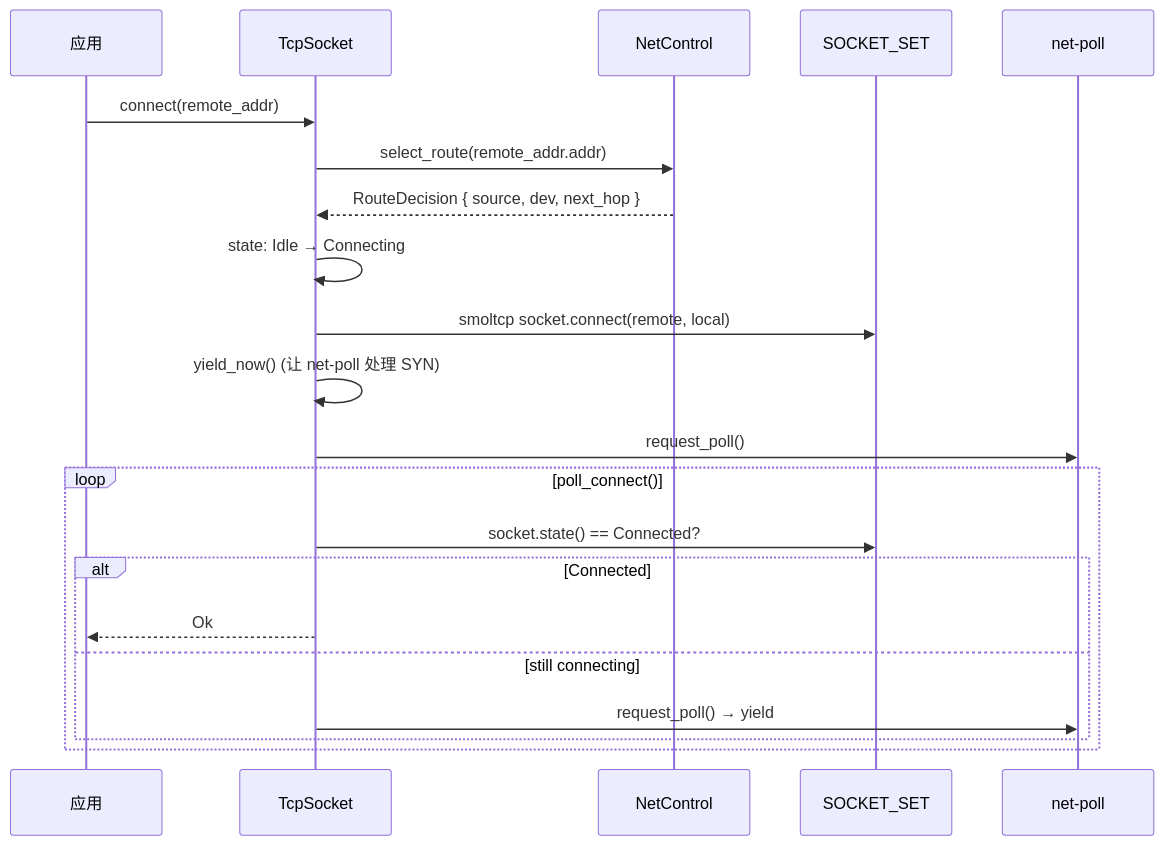
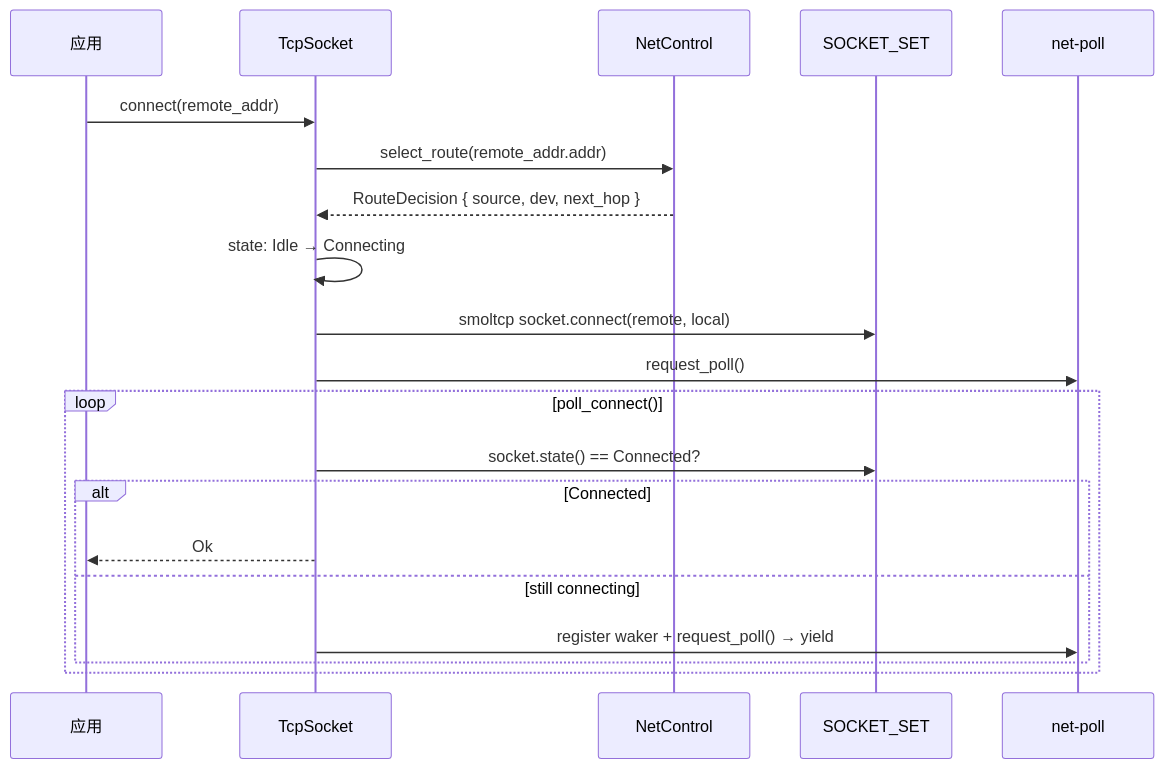
The fifth of 9 diagrams in docs/docs/architecture/net/flows.md (rcore-os/tgoskits), drawn with Mermaid before and after one commit. The commit also changed other lines of this file and 11 other files, not shown here.

Commit message:
docs(net): restructure architecture docs into focused topics and reflect inline queue changes

````diff
--- a/docs/docs/architecture/net/flows.md
+++ b/docs/docs/architecture/net/flows.md
@@ -529,24 +534,23 @@
 ```mermaid
 sequenceDiagram
     participant App as 应用
     participant Sock as TcpSocket
     participant Control as NetControl
     participant SockSet as SOCKET_SET
     participant Poll as net-poll
 
     App->>Sock: connect(remote_addr)
     Sock->>Control: select_route(remote_addr.addr)
     Control-->>Sock: RouteDecision { source, dev, next_hop }
     Sock->>Sock: state: Idle → Connecting
     Sock->>SockSet: smoltcp socket.connect(remote, local)
-    Sock->>Sock: yield_now() (让 net-poll 处理 SYN)
     Sock->>Poll: request_poll()
     loop poll_connect()
         Sock->>SockSet: socket.state() == Connected?
         alt Connected
             Sock-->>App: Ok
         else still connecting
-            Sock->>Poll: request_poll() → yield
+            Sock->>Poll: register waker + request_poll() → yield
         end
     end
 ```
````
